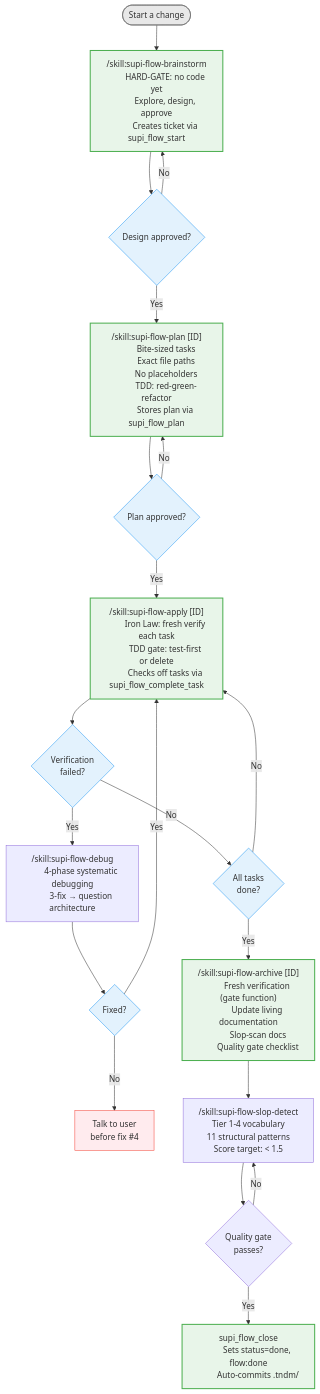
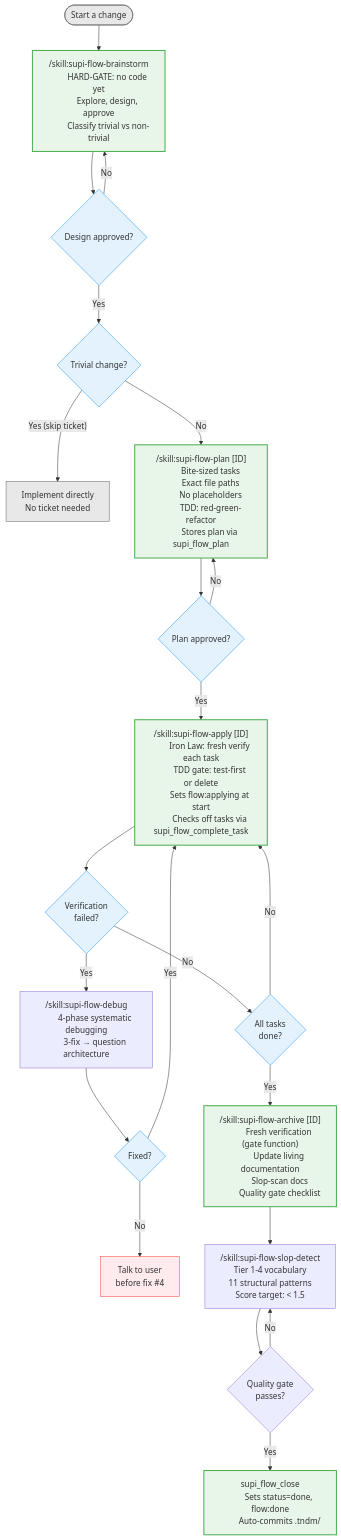
Before and after one commit to mrclrchtr/tandem: the diagram in plugins/supi-flow/README.md, drawn with Mermaid. The commit also changed other lines of this file and 5 other files, not shown here.

First line of the commit message:
docs(supi-flow): redesign workflow to conversation-first with optional tickets

````diff
--- a/plugins/supi-flow/README.md
+++ b/plugins/supi-flow/README.md
@@ -7,69 +7,75 @@
 ```mermaid
 flowchart TD
     START(["Start a change"]) --> BRAIN
     BRAIN["/skill:supi-flow-brainstorm
          HARD-GATE: no code yet
          Explore, design, approve
-         Creates ticket via supi_flow_start"]
+         Classify trivial vs non-trivial"]
     BRAIN --> APPROVED{Design approved?}
     APPROVED -->|"No"| BRAIN
-    APPROVED -->|"Yes"| PLAN
+    APPROVED -->|"Yes"| TRIVIAL{Trivial change?}
+
+    TRIVIAL -->|"Yes (skip ticket)"| LIGHT["Implement directly
+         No ticket needed"]
+    TRIVIAL -->|"No"| PLAN
 
     PLAN["/skill:supi-flow-plan [ID]
          Bite-sized tasks
          Exact file paths
          No placeholders
          TDD: red-green-refactor
          Stores plan via supi_flow_plan"]
     PLAN --> APPROVE2{"Plan approved?"}
     APPROVE2 -->|"No"| PLAN
     APPROVE2 -->|"Yes"| APPLY
 
     APPLY["/skill:supi-flow-apply [ID]
          Iron Law: fresh verify each task
          TDD gate: test-first or delete
+         Sets flow:applying at start
          Checks off tasks via supi_flow_complete_task"]
     APPLY --> BLOCKED{"Verification
          failed?"}
 
     BLOCKED -->|"Yes"| DEBUG["/skill:supi-flow-debug
          4-phase systematic debugging
          3-fix → question architecture"]
     DEBUG --> FIXED{Fixed?}
     FIXED -->|"Yes"| APPLY
     FIXED -->|"No"| USER["Talk to user
          before fix #4"]
 
     BLOCKED -->|"No"| DONE{"All tasks
          done?"}
     DONE -->|"No"| APPLY
     DONE -->|"Yes"| ARCHIVE
 
     ARCHIVE["/skill:supi-flow-archive [ID]
          Fresh verification (gate function)
          Update living documentation
          Slop-scan docs
          Quality gate checklist"]
     ARCHIVE --> SLOP["/skill:supi-flow-slop-detect
          Tier 1-4 vocabulary
          11 structural patterns
          Score target: < 1.5"]
     SLOP --> QGATE{"Quality gate
          passes?"}
     QGATE -->|"No"| SLOP
     QGATE -->|"Yes"| CLOSE
 
     CLOSE["supi_flow_close
          Sets status=done, flow:done
          Auto-commits .tndm/"]
 
     classDef phase fill:#e8f5e9,stroke:#4caf50,stroke-width:2
     classDef decision fill:#e3f2fd,stroke:#2196f3
     classDef entry fill:#e8e8e8,stroke:#666
     classDef blocker fill:#ffebee,stroke:#f44336
 
     class BRAIN,PLAN,APPLY,ARCHIVE,CLOSE phase
-    class APPROVED,APPROVE2,BLOCKED,FIXED,DONE decision
+    class APPROVED,APPROVE2,BLOCKED,FIXED,DONE,TRIVIAL decision
     class START entry
     class USER blocker
+    class LIGHT entry
 ```
````
